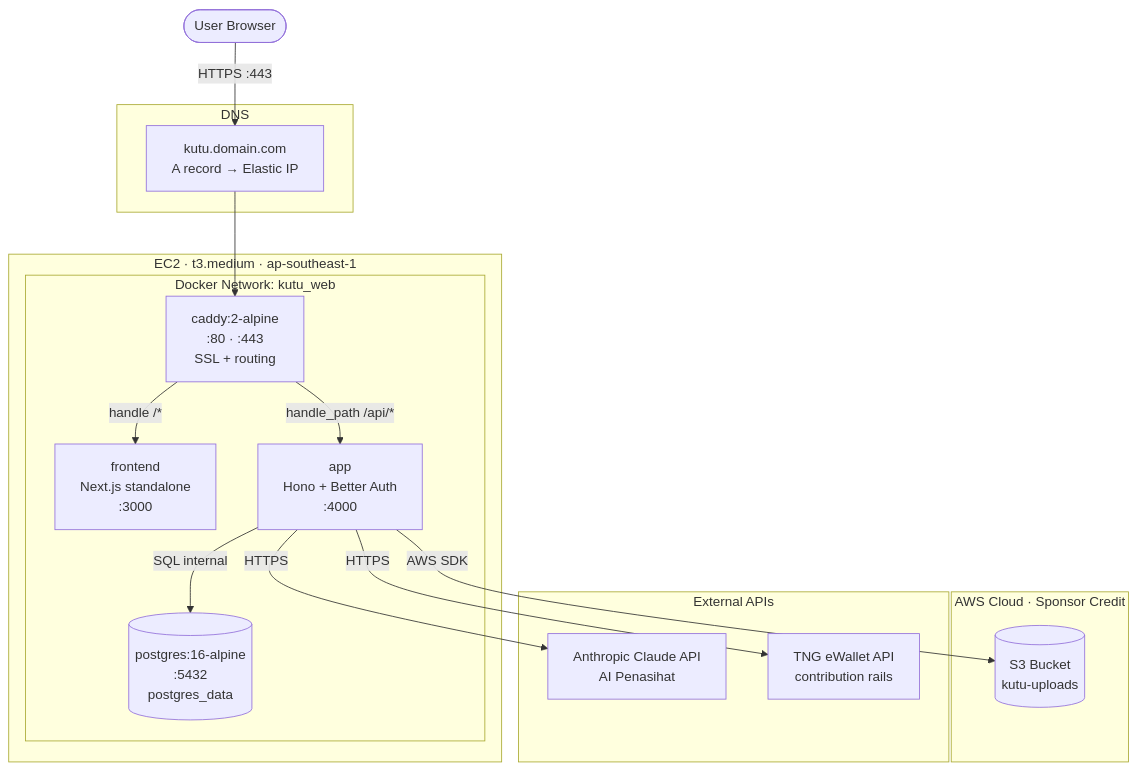
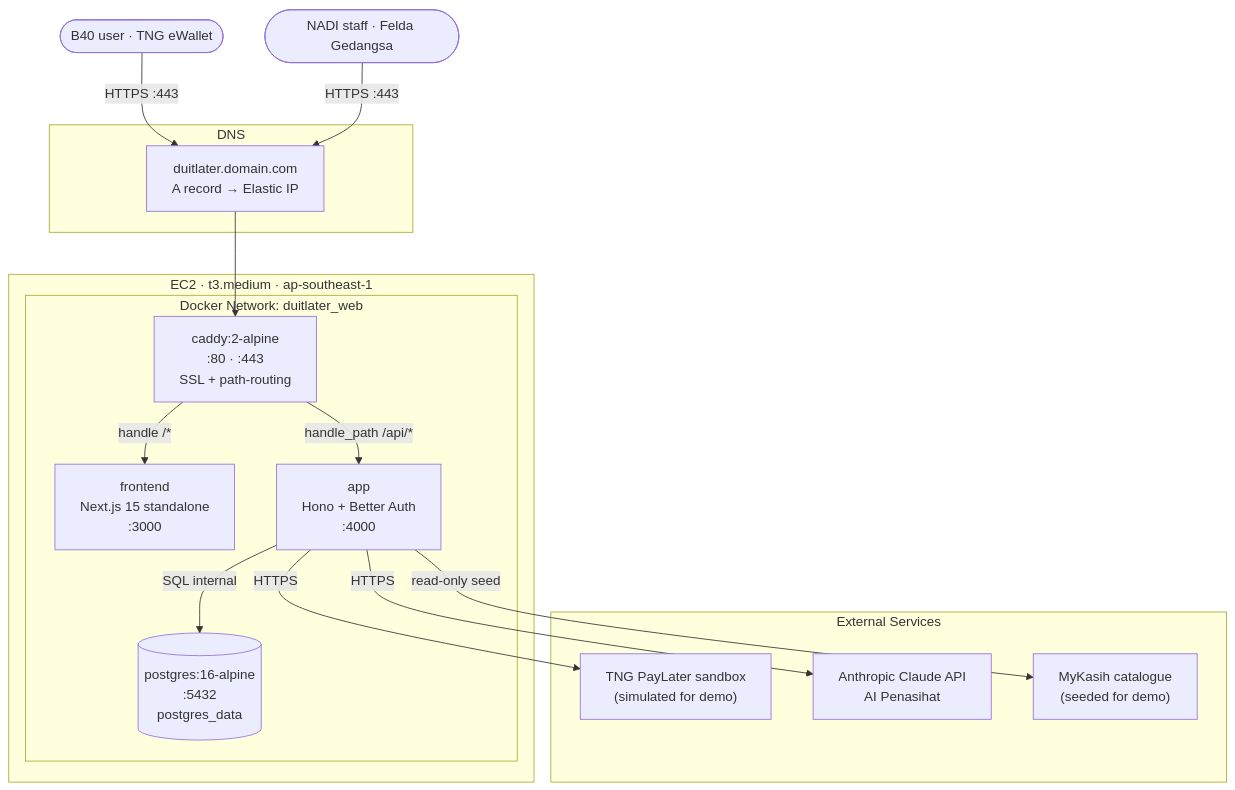
One commit to Zen0space/R2-D2-Finhack changed the first of 8 diagrams in ARCHITECTURE.md. Above: the diagram before and after it, drawn with Mermaid. The commit also changed other lines of this file and 26 other files, not shown here.

````diff
--- a/ARCHITECTURE.md
+++ b/ARCHITECTURE.md
@@ -9,35 +9,34 @@
 ```mermaid
 graph TB
-    User([User Browser])
+    User([B40 user · TNG eWallet])
+    NadiStaff([NADI staff · Felda Gedangsa])
 
     subgraph DNS
-        Domain[kutu.domain.com<br/>A record → Elastic IP]
+        Domain[duitlater.domain.com<br/>A record → Elastic IP]
     end
 
     subgraph EC2["EC2 · t3.medium · ap-southeast-1"]
-        subgraph Net["Docker Network: kutu_web"]
-            Caddy["caddy:2-alpine<br/>:80 · :443<br/>SSL + routing"]
-            Frontend["frontend<br/>Next.js standalone<br/>:3000"]
+        subgraph Net["Docker Network: duitlater_web"]
+            Caddy["caddy:2-alpine<br/>:80 · :443<br/>SSL + path-routing"]
+            Frontend["frontend<br/>Next.js 15 standalone<br/>:3000"]
             App["app<br/>Hono + Better Auth<br/>:4000"]
             Postgres[("postgres:16-alpine<br/>:5432<br/>postgres_data")]
         end
     end
 
-    subgraph AWS["AWS Cloud · Sponsor Credit"]
-        S3[("S3 Bucket<br/>kutu-uploads")]
-    end
-
-    subgraph External["External APIs"]
+    subgraph External["External Services"]
+        TNG["TNG PayLater sandbox<br/>(simulated for demo)"]
         Claude["Anthropic Claude API<br/>AI Penasihat"]
-        TNG["TNG eWallet API<br/>contribution rails"]
+        MyKasih["MyKasih catalogue<br/>(seeded for demo)"]
     end
 
     User -->|HTTPS :443| Domain
+    NadiStaff -->|HTTPS :443| Domain
     Domain --> Caddy
     Caddy -->|handle /*| Frontend
     Caddy -->|handle_path /api/*| App
     App -->|SQL internal| Postgres
-    App -->|AWS SDK| S3
+    App -->|HTTPS| TNG
     App -->|HTTPS| Claude
-    App -->|HTTPS| TNG
+    App -->|read-only seed| MyKasih
 ```
````
